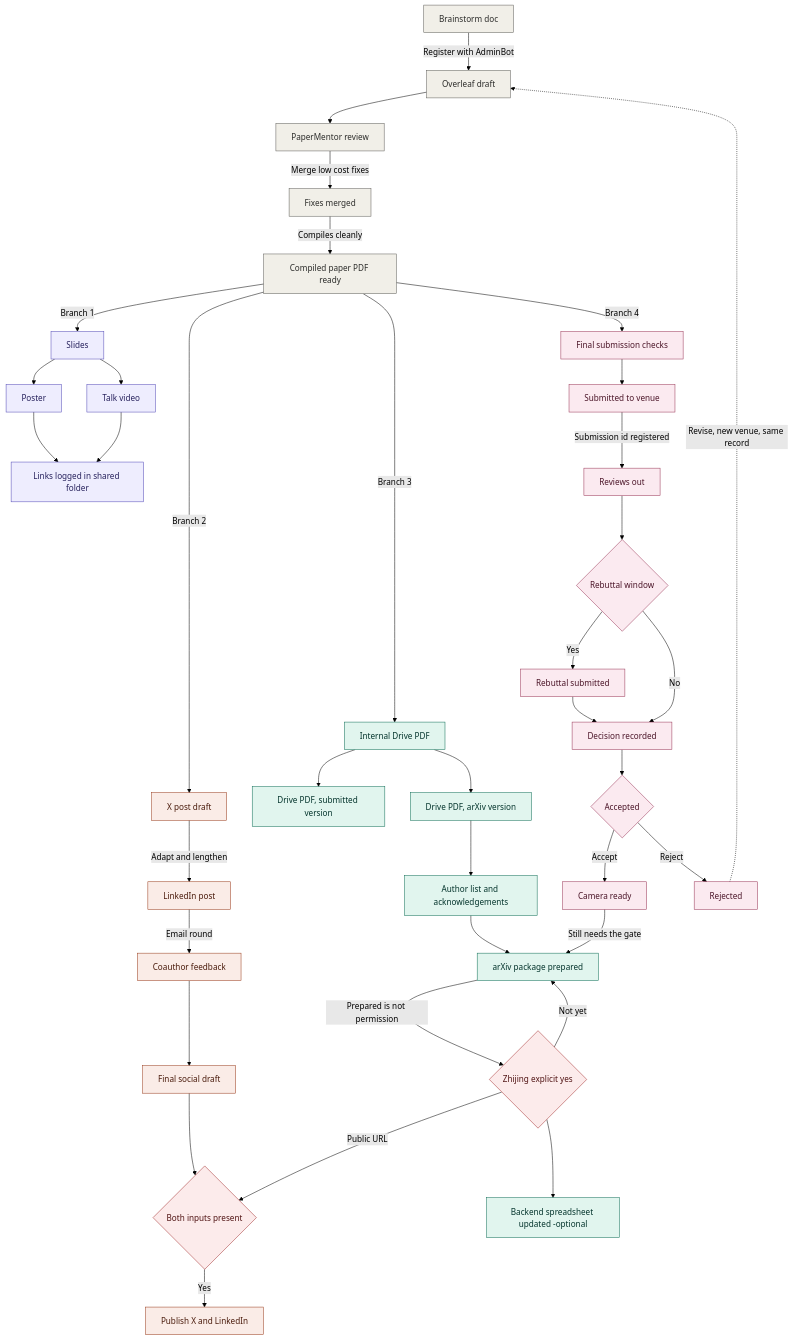
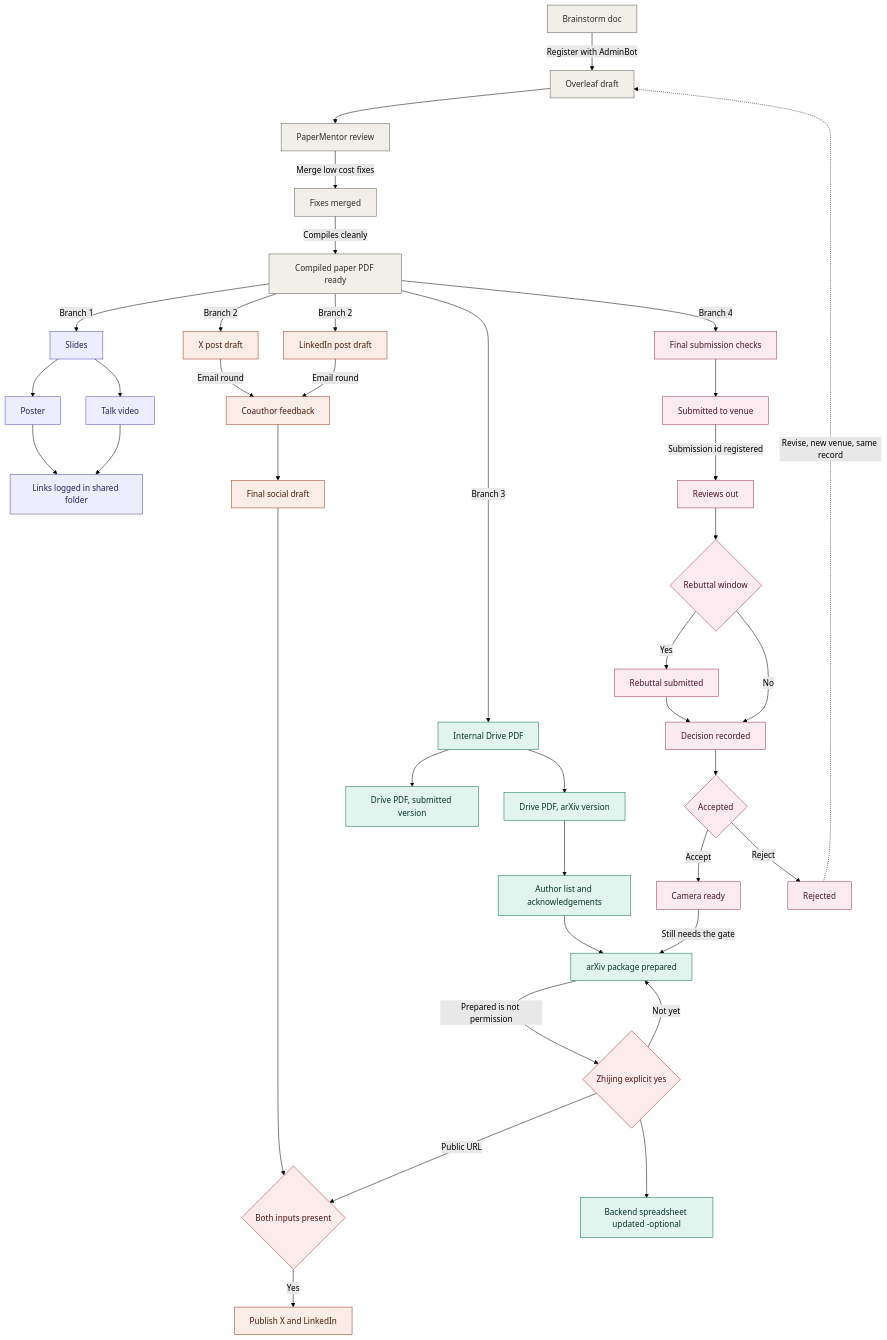
Before and after one commit to akhkim/adminbot: the diagram in openclaw-adminbot/packages/nudge-engine/docs/nudge_logic.md, drawn with Mermaid (forest theme). The commit also changed 5 other files, not shown here.

First line of the commit message:
feat(paperflow): draft the LinkedIn post in parallel with the X post

````diff
--- a/openclaw-adminbot/packages/nudge-engine/docs/nudge_logic.md
+++ b/openclaw-adminbot/packages/nudge-engine/docs/nudge_logic.md
@@ -47,59 +47,60 @@
 ```mermaid
 flowchart TD
     BR[Brainstorm doc] -->|Register with AdminBot| OV[Overleaf draft]
     OV --> PM[PaperMentor review]
     PM -->|Merge low cost fixes| FX[Fixes merged]
     FX -->|Compiles cleanly| PDF[Compiled paper PDF ready]
 
     PDF -->|Branch 1| SL[Slides]
     PDF -->|Branch 2| XD[X post draft]
+    PDF -->|Branch 2| LI[LinkedIn post draft]
     PDF -->|Branch 3| DR[Internal Drive PDF]
     PDF -->|Branch 4| CK[Final submission checks]
 
     SL --> PO[Poster]
     SL --> TV[Talk video]
     PO --> LG[Links logged in shared folder]
     TV --> LG
 
-    XD -->|Adapt and lengthen| LI[LinkedIn post]
-    LI -->|Email round| CP[Coauthor feedback]
+    XD -->|Email round| CP[Coauthor feedback]
+    LI -->|Email round| CP
     CP --> SF[Final social draft]
 
     DR --> DS[Drive PDF, submitted version]
     DR --> DA[Drive PDF, arXiv version]
     DA --> AK[Author list and acknowledgements]
     AK --> PK[arXiv package prepared]
     PK -->|Prepared is not permission| GT{Zhijing explicit yes}
     GT -->|Not yet| PK
     GT -->|Public URL| JN
     GT --> BE[Backend spreadsheet updated -optional]
 
     CK --> SB[Submitted to venue]
     SB -->|Submission id registered| RV[Reviews out]
     RV --> RB{Rebuttal window}
     RB -->|Yes| RS[Rebuttal submitted]
     RB -->|No| DC[Decision recorded]
     RS --> DC
     DC --> AC{Accepted}
     AC -->|Accept| CM[Camera ready]
     AC -->|Reject| RJ[Rejected]
     CM -->|Still needs the gate| PK
     RJ -.->|Revise, new venue, same record| OV
 
     SF --> JN{Both inputs present}
     JN -->|Yes| PS[Publish X and LinkedIn]
 
     classDef pres fill:#EEEDFE,stroke:#534AB7,color:#26215C
     classDef soc fill:#FAECE7,stroke:#993C1D,color:#4A1B0C
     classDef rel fill:#E1F5EE,stroke:#0F6E56,color:#04342C
     classDef conf fill:#FBEAF0,stroke:#993556,color:#4B1528
     classDef gate fill:#FCEBEB,stroke:#A32D2D,color:#501313
     classDef hub fill:#F1EFE8,stroke:#5F5E5A,color:#2C2C2A
 
     class BR,OV,PM,FX,PDF hub
     class SL,PO,TV,LG pres
     class XD,LI,CP,SF,PS soc
     class DR,DS,DA,AK,PK,BE rel
     class CK,SB,RV,RB,RS,DC,AC,CM,RJ conf
     class GT,JN gate
 ```
````
